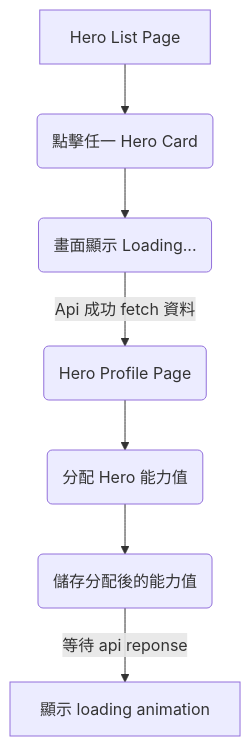
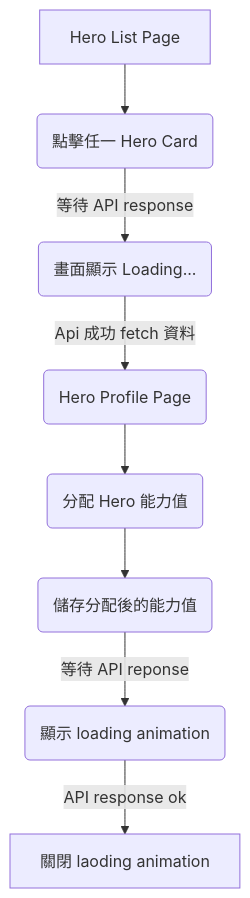
The second of 2 diagrams in README.md (brook110413/hahow-project), drawn with Mermaid before and after one commit. The commit also changed other lines of this file and 3 other files, not shown here.

````diff
--- a/README.md
+++ b/README.md
@@ -105,9 +105,10 @@
 ```mermaid
 graph TD;
     A[Hero List Page] --> B(點擊任一 Hero Card)
-    B --> C(畫面顯示 Loading...)
+    B --> |等待 API response| C(畫面顯示 Loading...)
     C --> |Api 成功 fetch 資料| D(Hero Profile Page)
     D --> E(分配 Hero 能力值)
     E -->F(儲存分配後的能力值)
-    F -->|等待 api reponse| G[顯示 loading animation]
+    F --> |等待 API reponse| G(顯示 loading animation)
+    G --> |API response ok| H[關閉 laoding animation]
 ```
````
